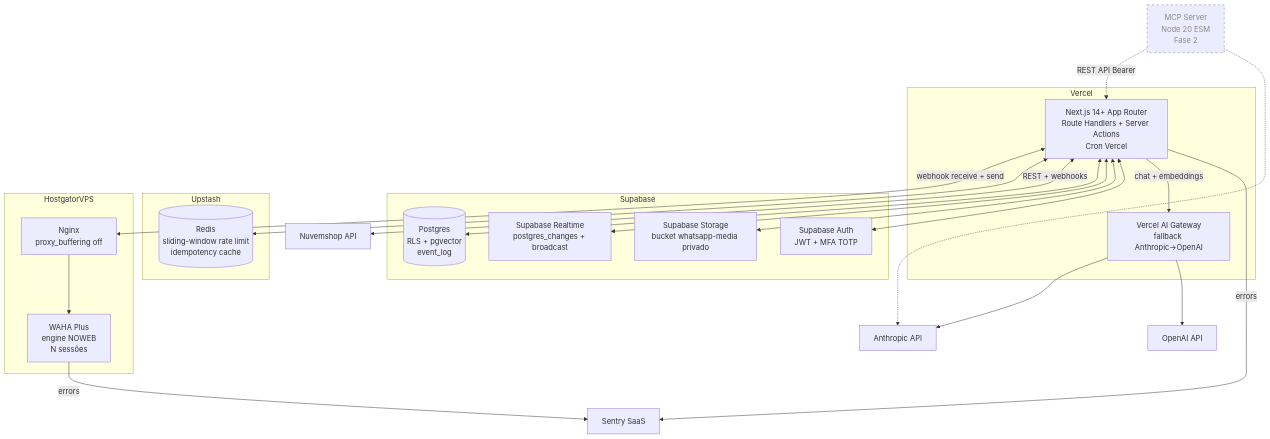
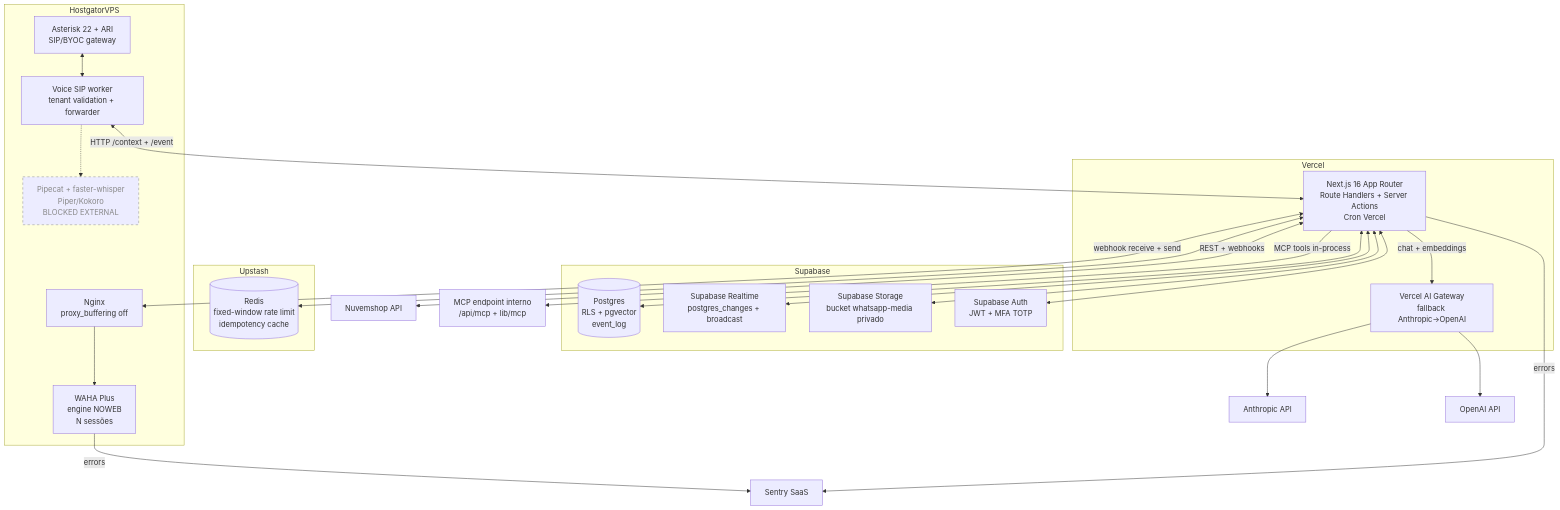
Before and after one commit to trydavidqix/Lumenva: the second of 16 diagrams in docs/research/architecture-diagrams.md, drawn with Mermaid. The commit also changed other lines of this file and 17 other files, not shown here.

````diff
--- a/docs/research/architecture-diagrams.md
+++ b/docs/research/architecture-diagrams.md
@@ -55,49 +59,54 @@
 ```mermaid
 graph TB
     subgraph Vercel
-        NextApp[Next.js 14+ App Router<br/>Route Handlers + Server Actions<br/>Cron Vercel]
+        NextApp[Next.js 16 App Router<br/>Route Handlers + Server Actions<br/>Cron Vercel]
         AIGW[Vercel AI Gateway<br/>fallback Anthropic→OpenAI]
     end
 
     subgraph Supabase
         PG[(Postgres<br/>RLS + pgvector<br/>event_log)]
         RT[Supabase Realtime<br/>postgres_changes + broadcast]
         ST[Supabase Storage<br/>bucket whatsapp-media privado]
         Auth[Supabase Auth<br/>JWT + MFA TOTP]
     end
 
     subgraph Upstash
-        Redis[(Redis<br/>sliding-window rate limit<br/>idempotency cache)]
+        Redis[(Redis<br/>fixed-window rate limit<br/>idempotency cache)]
     end
 
     subgraph HostgatorVPS
         Nginx[Nginx<br/>proxy_buffering off]
         WAHA[WAHA Plus<br/>engine NOWEB<br/>N sessões]
+        Asterisk[Asterisk 22 + ARI<br/>SIP/BYOC gateway]
+        VoiceWorker[Voice SIP worker<br/>tenant validation + forwarder]
+        VoiceAudio[Pipecat + faster-whisper<br/>Piper/Kokoro<br/>BLOCKED EXTERNAL]:::future
     end
 
     Sentry[Sentry SaaS]
     Anthropic[Anthropic API]
     OpenAI[OpenAI API]
     NS[Nuvemshop API]
 
-    MCP[MCP Server<br/>Node 20 ESM<br/>Fase 2]:::future
+    MCP[MCP endpoint interno<br/>/api/mcp + lib/mcp]
 
     NextApp <--> PG
     NextApp <--> RT
     NextApp <--> ST
     NextApp <--> Auth
     NextApp <--> Redis
     NextApp -->|chat + embeddings| AIGW
     AIGW --> Anthropic
     AIGW --> OpenAI
     NextApp <-->|REST + webhooks| NS
     Nginx --> WAHA
     NextApp <-->|webhook receive + send| Nginx
+    Asterisk <--> VoiceWorker
+    VoiceWorker <-->|HTTP /context + /event| NextApp
+    VoiceWorker -.-> VoiceAudio
     NextApp -->|errors| Sentry
     WAHA -->|errors| Sentry
 
-    MCP -.->|REST API Bearer| NextApp
-    MCP -.-> Anthropic
+    NextApp -->|MCP tools in-process| MCP
 
     classDef future stroke-dasharray: 5 5,stroke:#888,color:#888
 ```
````
